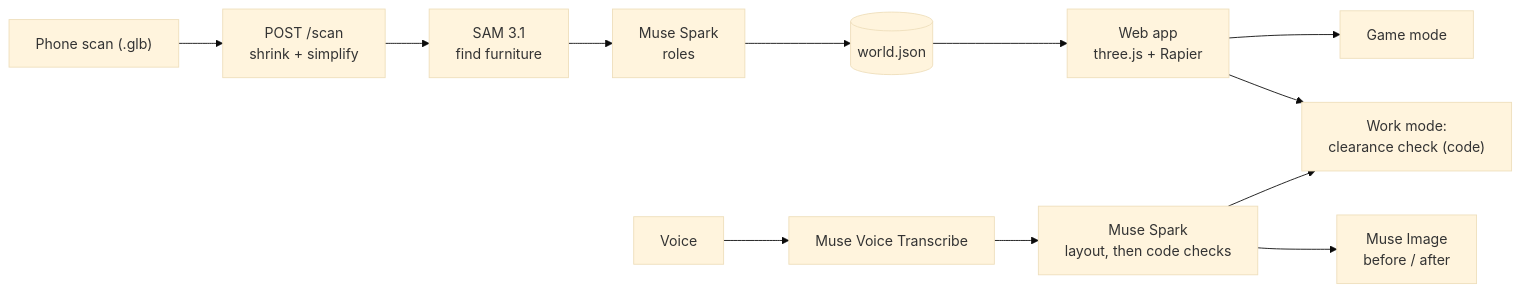
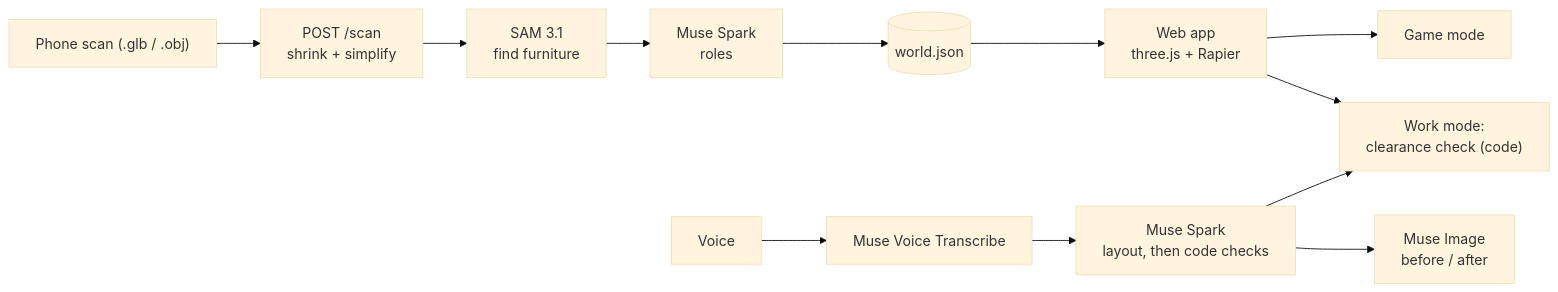
Before and after one commit to aluinn/meta-developer-hackathon: the diagram in README.md, drawn with Mermaid (base theme). The commit also changed other lines of this file, not shown here.

````diff
--- a/README.md
+++ b/README.md
@@ -60,13 +57,13 @@
 ```mermaid
 flowchart LR
-    scan["Phone scan (.glb)"] --> up["POST /scan<br/>shrink + simplify"]
+    scan["Phone scan (.glb / .obj)"] --> up["POST /scan<br/>shrink + simplify"]
     up --> sam["SAM 3.1<br/>find furniture"]
     sam --> spark["Muse Spark<br/>roles"]
     spark --> world[("world.json")]
     world --> web["Web app<br/>three.js + Rapier"]
     web --> game["Game mode"]
     web --> work["Work mode:<br/>clearance check (code)"]
     voice["Voice"] --> stt["Muse Voice Transcribe"] --> layout["Muse Spark<br/>layout, then code checks"]
     layout --> work
     layout --> img["Muse Image<br/>before / after"]
 ```
````
